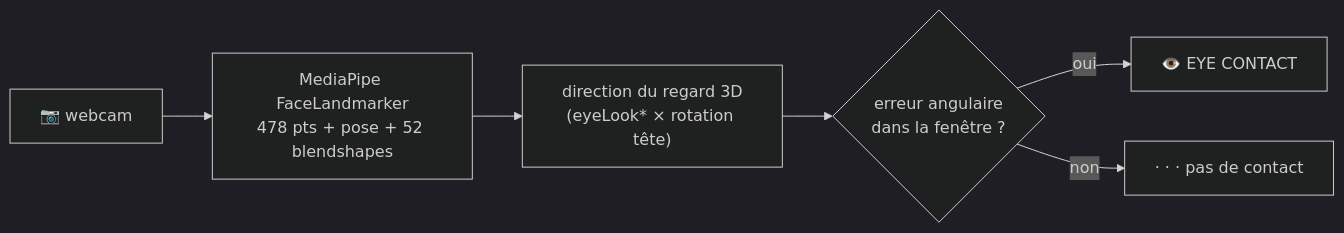
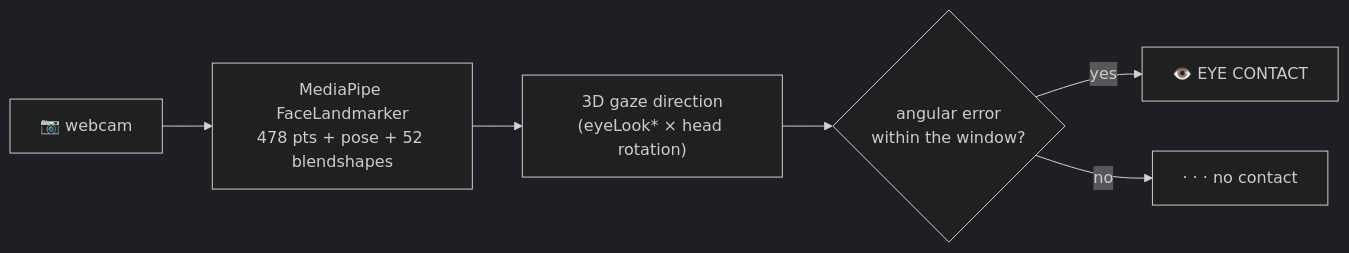
Before and after one commit to arnaudlvq/Eye-Contact-RealTime-Detection: the diagram in README.md, drawn with Mermaid (dark theme). The commit also changed other lines of this file and 1 other file, not shown here.

````diff
--- a/README.md
+++ b/README.md
@@ -38,8 +37,8 @@
 ```mermaid
 flowchart LR
   cam["📷 webcam"] --> mp["MediaPipe FaceLandmarker<br/>478 pts + pose + 52 blendshapes"]
-  mp --> gaze["direction du regard 3D<br/>(eyeLook* × rotation tête)"]
-  gaze --> cmp{"erreur angulaire<br/>dans la fenêtre ?"}
-  cmp -->|oui| yes["👁️ EYE CONTACT"]
-  cmp -->|non| no["· · · pas de contact"]
+  mp --> gaze["3D gaze direction<br/>(eyeLook* × head rotation)"]
+  gaze --> cmp{"angular error<br/>within the window?"}
+  cmp -->|yes| yes["👁️ EYE CONTACT"]
+  cmp -->|no| no["· · · no contact"]
 ```
````
